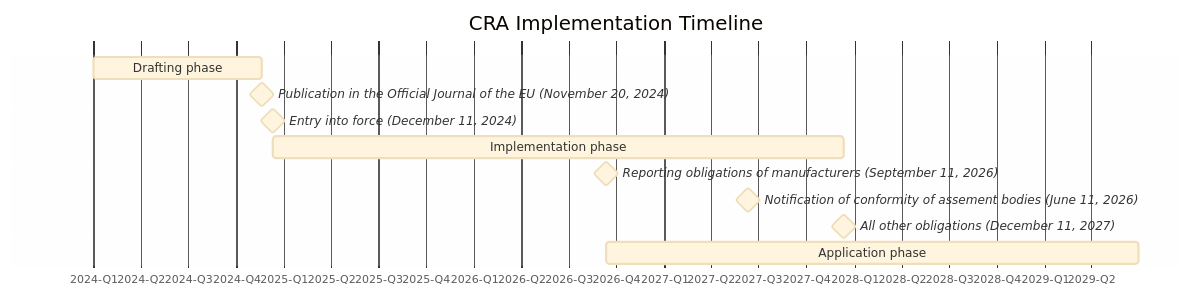
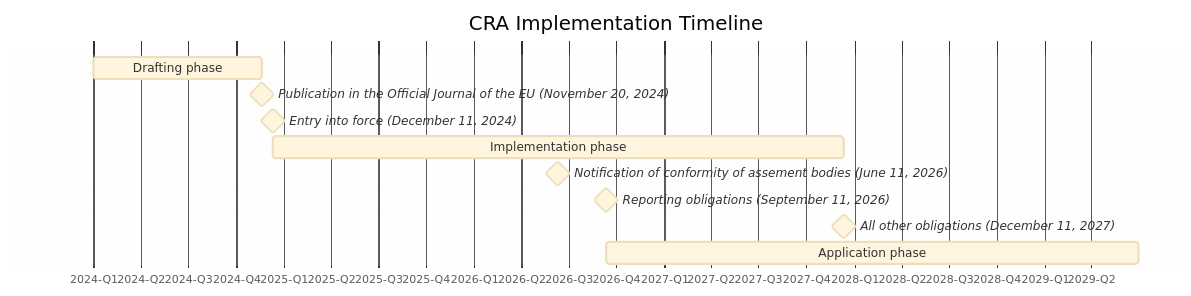
One commit to orcwg/cra-hub changed the first of 2 diagrams in faq.md. Above: the diagram before and after it, drawn with Mermaid. The commit also changed other lines of this file, not shown here.

Commit message:
Fix error in FAQ diagram
- Clarify that reporting obligations starting date affects manufacturers and stewards alike.

````diff
--- a/faq.md
+++ b/faq.md
@@ -80,17 +79,17 @@
 ```mermaid
 %%{init: {'theme':'base'}}%%
 gantt
     title CRA Implementation Timeline
     dateFormat  YYYY-MM-DD
     axisFormat %Y-Q%q
     tickInterval 3month
 
     Drafting phase: 2024-01-01, 2024-11-20
     Publication in the Official Journal of the EU (November 20, 2024): milestone, 2024-11-20, 5m
     Entry into force (December 11, 2024): milestone, 2024-12-11, 5m
     Implementation phase: 2024-12-11, 3y
-    Reporting obligations of manufacturers (September 11, 2026): milestone, 2026-09-11, 5m
-    Notification of conformity of assement bodies (June 11, 2026): milestone, 2027-06-11, 5m
+    Notification of conformity of assement bodies (June 11, 2026): milestone, 2026-06-11, 5m
+    Reporting obligations (September 11, 2026): milestone, 2026-09-11, 5m
     All other obligations (December 11, 2027): milestone, 2027-12-11, 5m
     Application phase: 2026-09-11, 2029-06-30
 ```
````
